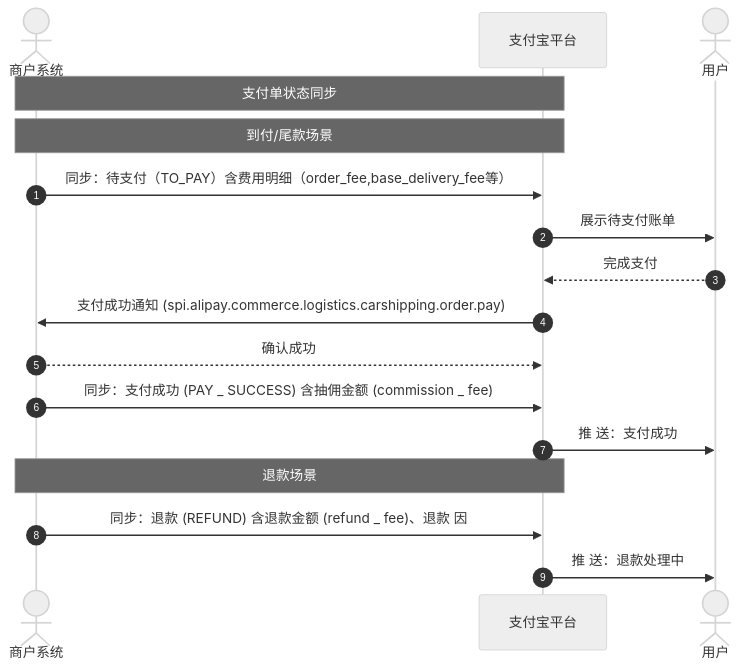
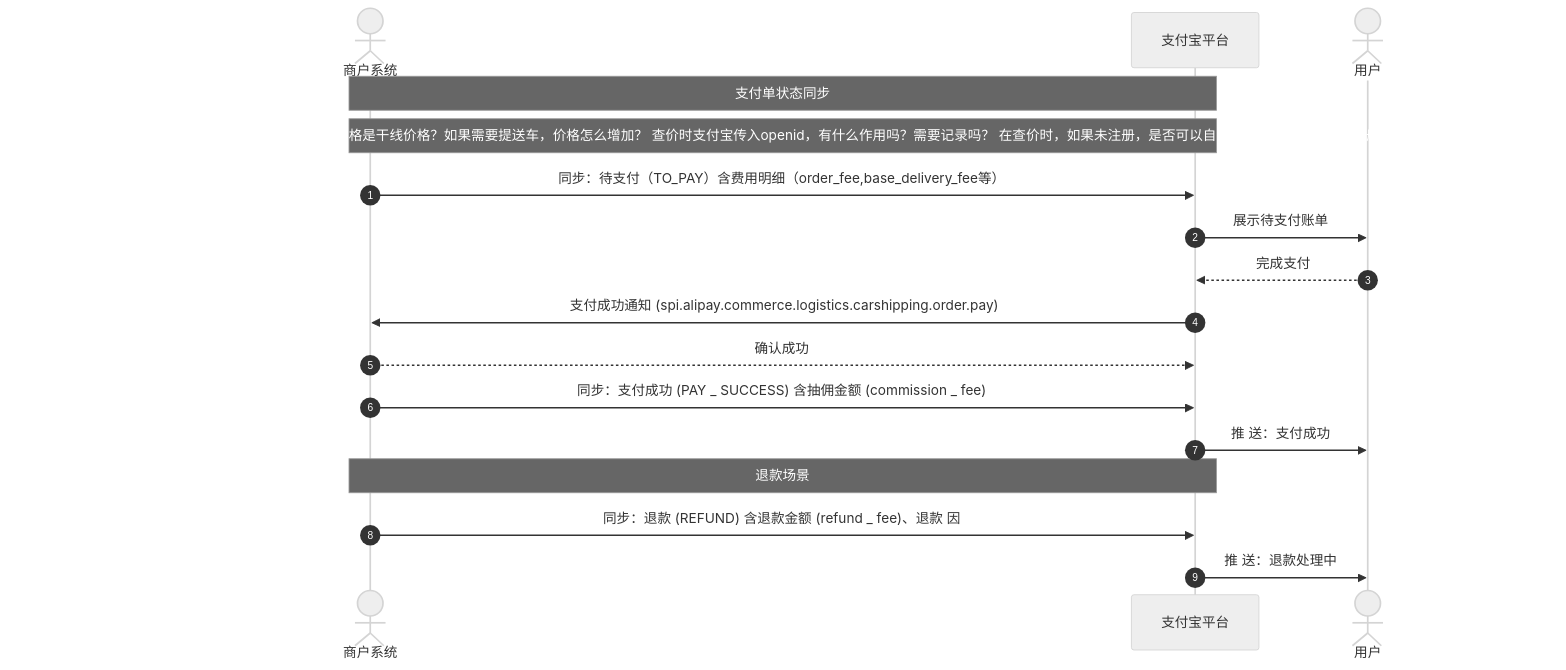
The diagram in notes/支付单状态同步时序_b3042cb3-08c1-43b5-b440-32d3f6443821.md (pingpm/mermaid_vault), drawn with Mermaid (neutral theme) before and after one commit. The commit also changed 2 other files, not shown here.

Commit message:
Sync Mermaid Studio data (15 diagrams)

````diff
--- a/notes/支付单状态同步时序_b3042cb3-08c1-43b5-b440-32d3f6443821.md
+++ b/notes/支付单状态同步时序_b3042cb3-08c1-43b5-b440-32d3f6443821.md
@@ -3,20 +3,20 @@
 ```mermaid
 sequenceDiagram
   autonumber
   actor p0 as 商户系统
   participant p1 as ⽀付宝平台
   actor p2 as 用户
   Note over p0,p1: ⽀付单状态同步
-  Note over p0,p1: 到付/尾款场景
+  Note over p0,p1: 是否需要提车和送车在查价接口中没有参数，查出来的价格是干线价格？如果需要提送车，价格怎么增加？ 查价时支付宝传入openid，有什么作用吗？需要记录吗？ 在查价时，如果未注册，是否可以自动使用客户手机号静默注册？后续在下单时就无需授权？
   p0->>p1: 同步：待支付（TO_PAY）含费用明细（order_fee,base_delivery_fee等）
   p1->>p2: 展示待⽀付账单
   p2-->>p1: 完成⽀付
   p1->>p0: ⽀付成功通知 (spi.alipay.commerce.logistics.carshipping.order.pay)
   p0-->>p1: 确认成功
   p0->>p1: 同步：⽀付成功 (PAY _ SUCCESS) 含抽佣⾦额 (commission _ fee)
   p1->>p2: 推 送：⽀付成功
   Note over p0,p1: 退款场景
   p0->>p1: 同步：退款 (REFUND) 含退款⾦额 (refund _ fee)、退款 因
   p1->>p2: 推 送：退款处理中
 
 ```
````
